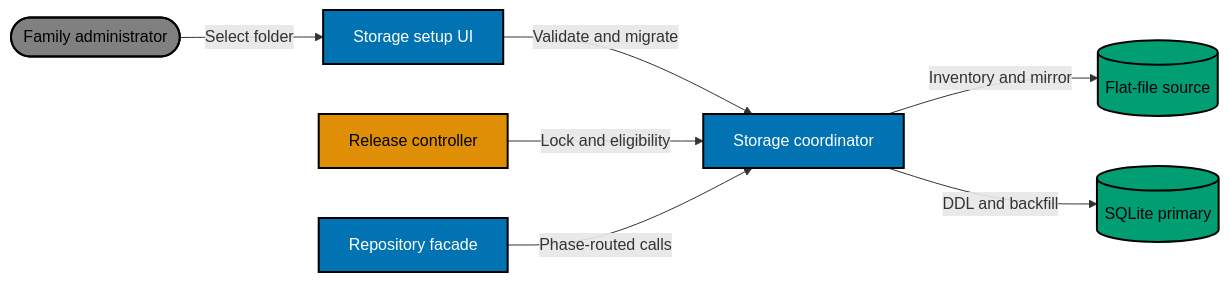
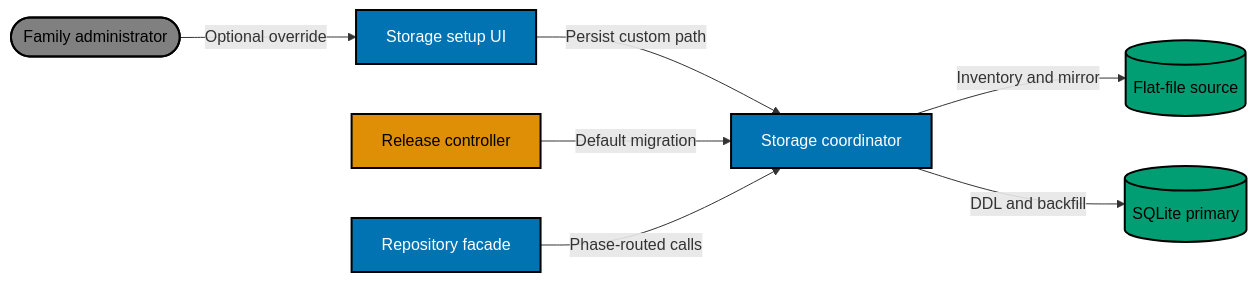
Before and after one commit to wahidyankf/beaver-nest: the diagram in plans/in-progress/bnest-sqlite-storage/tech-docs.md, drawn with Mermaid. The commit also changed other lines of this file and 12 other files, not shown here.

````diff
--- a/plans/in-progress/bnest-sqlite-storage/tech-docs.md
+++ b/plans/in-progress/bnest-sqlite-storage/tech-docs.md
@@ -38,27 +38,27 @@
 ```mermaid
 %% Accessible palette: blue #0173B2, orange #DE8F05, teal #029E73, gray #808080
 flowchart LR
     admin([Family administrator])
     ui[Storage setup UI]
     coordinator[Storage coordinator]
     facade[Repository facade]
     flat[(Flat-file source)]
     sqlite[(SQLite primary)]
     release[Release controller]
 
-    admin -->|Select folder| ui
-    ui -->|Validate and migrate| coordinator
-    release -->|Lock and eligibility| coordinator
+    admin -->|Optional override| ui
+    ui -->|Persist custom path| coordinator
+    release -->|Default migration| coordinator
     coordinator -->|Inventory and mirror| flat
     coordinator -->|DDL and backfill| sqlite
     facade -->|Phase-routed calls| coordinator
 
     classDef person fill:#808080,stroke:#000000,color:#000000,stroke-width:2px
     classDef component fill:#0173B2,stroke:#000000,color:#FFFFFF,stroke-width:2px
     classDef data fill:#029E73,stroke:#000000,color:#000000,stroke-width:2px
     classDef external fill:#DE8F05,stroke:#000000,color:#000000,stroke-width:2px
     class admin person
     class ui,coordinator,facade component
     class flat,sqlite data
     class release external
 ```
````
